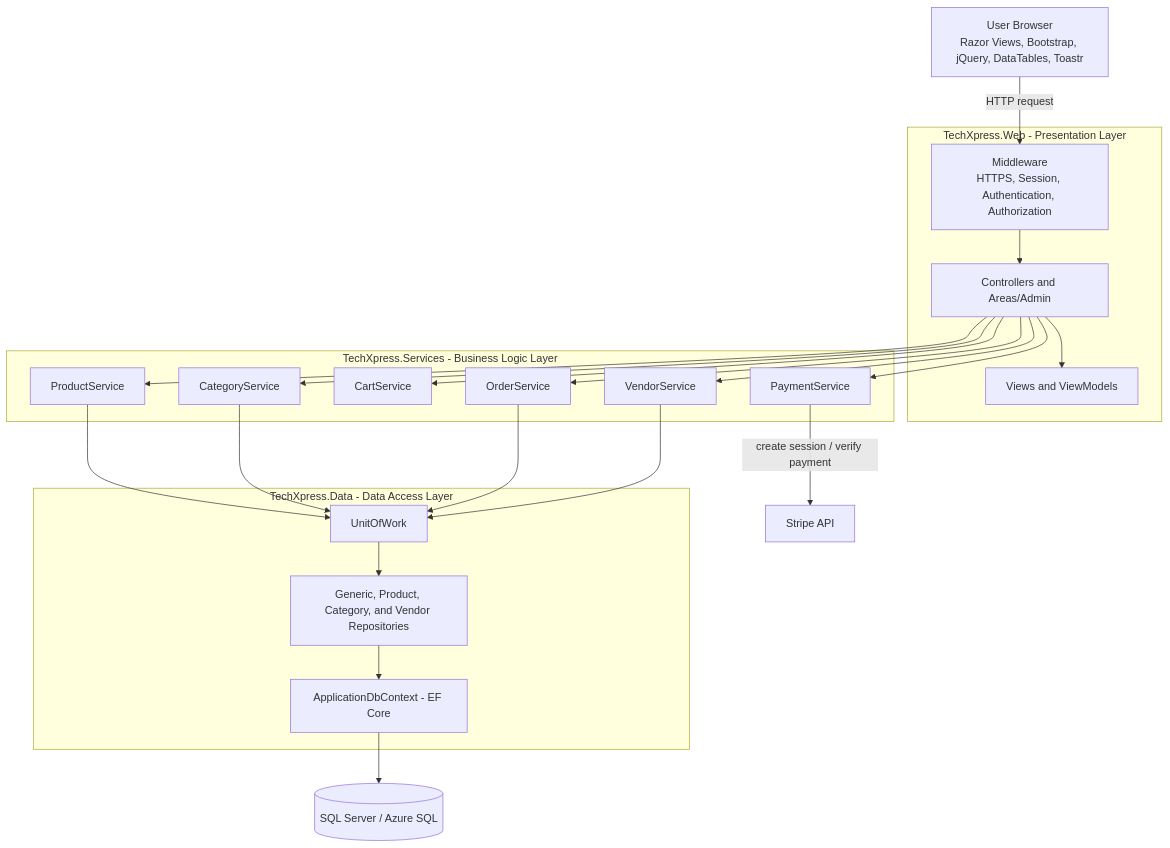
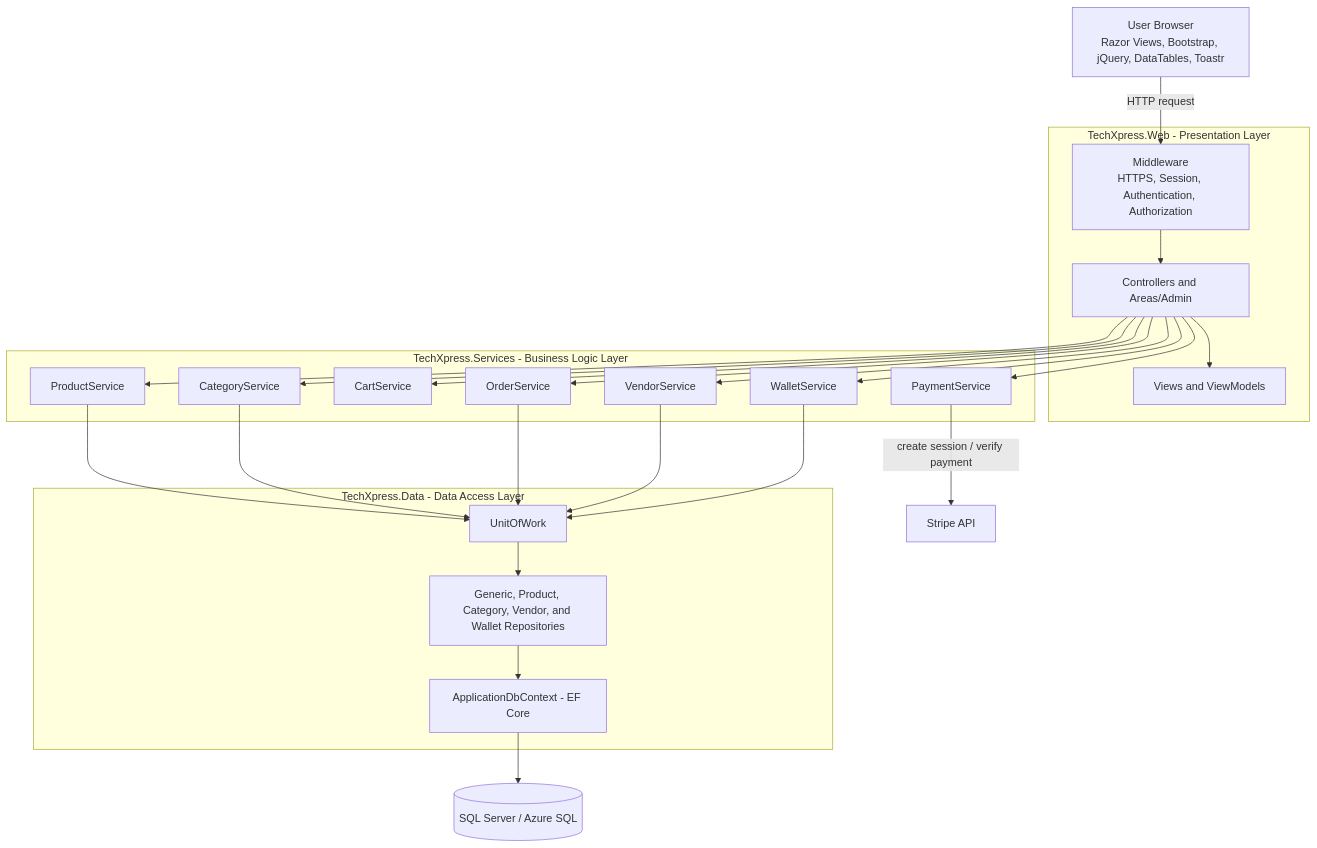
Before and after one commit to ahmadalrudiny/Techxpress_DEPI_Project: the first of 3 diagrams in docs/System-Analysis-Design/01-Problem-Statement-and-Architecture.md, drawn with Mermaid. The commit also changed other lines of this file, not shown here.

````diff
--- a/docs/System-Analysis-Design/01-Problem-Statement-and-Architecture.md
+++ b/docs/System-Analysis-Design/01-Problem-Statement-and-Architecture.md
@@ -17,35 +21,36 @@
 ```mermaid
 flowchart TB
     U["User Browser<br/>Razor Views, Bootstrap, jQuery, DataTables, Toastr"]
 
     subgraph WEB["TechXpress.Web - Presentation Layer"]
         MW["Middleware<br/>HTTPS, Session, Authentication, Authorization"]
         C["Controllers and Areas/Admin"]
         V["Views and ViewModels"]
     end
 
     subgraph SVC["TechXpress.Services - Business Logic Layer"]
         PS["ProductService"]
         CS["CategoryService"]
         CART["CartService"]
         OS["OrderService"]
         PAY["PaymentService"]
         VS["VendorService"]
+        WS["WalletService"]
     end
 
     subgraph DATA["TechXpress.Data - Data Access Layer"]
         UOW["UnitOfWork"]
-        REPO["Generic, Product, Category, and Vendor Repositories"]
+        REPO["Generic, Product, Category, Vendor, and Wallet Repositories"]
         CTX["ApplicationDbContext - EF Core"]
     end
 
     DB[("SQL Server / Azure SQL")]
     STRIPE["Stripe API"]
 
     U -->|HTTP request| MW --> C
     C --> V
-    C --> PS & CS & CART & OS & PAY & VS
-    PS & CS & OS & VS --> UOW
+    C --> PS & CS & CART & OS & PAY & VS & WS
+    PS & CS & OS & VS & WS --> UOW
     UOW --> REPO --> CTX --> DB
     PAY -->|create session / verify payment| STRIPE
 ```
````
